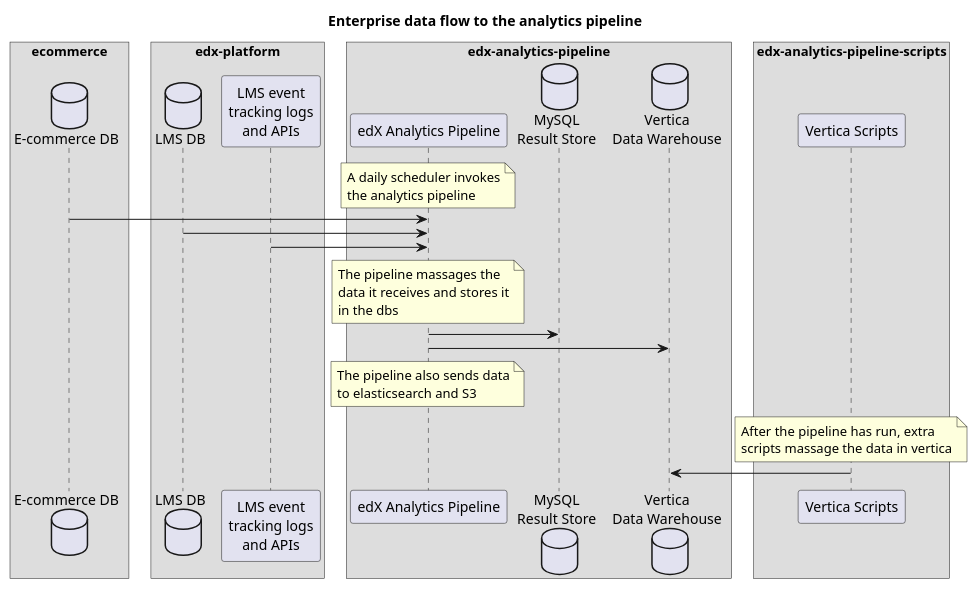
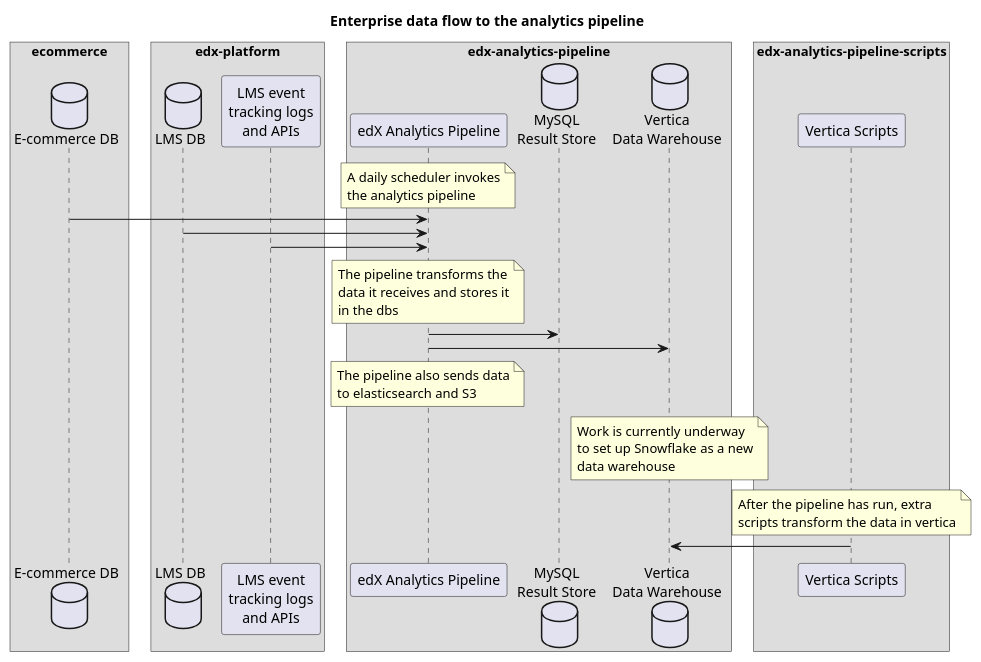
The diagram in doc/data_flow_to_pipeline.puml (openedx/edx-enterprise-data), drawn with PlantUML before and after one commit. The commit also changed 1 other file, not shown here.

Commit message:
Add note about snowflake

```diff
--- a/doc/data_flow_to_pipeline.puml
+++ b/doc/data_flow_to_pipeline.puml
@@ -1,37 +1,38 @@
 @startuml
 skinparam BoxPadding 10
 
 title Enterprise data flow to the analytics pipeline
 
 box "ecommerce"
     database "E-commerce DB" as ecomm_db
 end box
 box "edx-platform"
     database "LMS DB" as lms_db
     participant "LMS event\ntracking logs\nand APIs" as lms_event
 end box
 
 box "edx-analytics-pipeline"
     participant "edX Analytics Pipeline" as pipeline
     database "MySQL\nResult Store" as mysql
     database "Vertica\nData Warehouse" as vertica
 end box
 
 box "edx-analytics-pipeline-scripts"
     participant "Vertica Scripts" as scripts
 end box
 
 note over pipeline: A daily scheduler invokes\nthe analytics pipeline
 ecomm_db -> pipeline
 lms_db -> pipeline
 lms_event -> pipeline
 
-note over pipeline: The pipeline massages the\ndata it receives and stores it\nin the dbs
+note over pipeline: The pipeline transforms the\ndata it receives and stores it\nin the dbs
 pipeline -> mysql
 pipeline -> vertica
 note over pipeline: The pipeline also sends data\nto elasticsearch and S3
+note over vertica: Work is currently underway\nto set up Snowflake as a new\ndata warehouse
 
-note over scripts: After the pipeline has run, extra\nscripts massage the data in vertica
+note over scripts: After the pipeline has run, extra\nscripts transform the data in vertica
 scripts -> vertica
 
 @enduml
```
